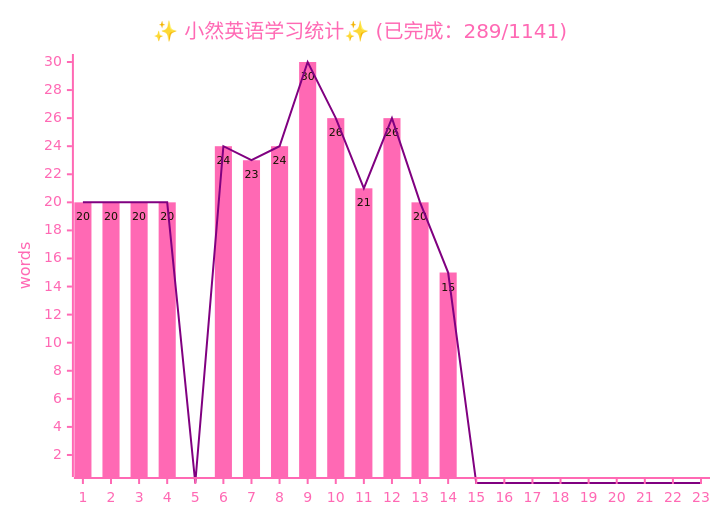
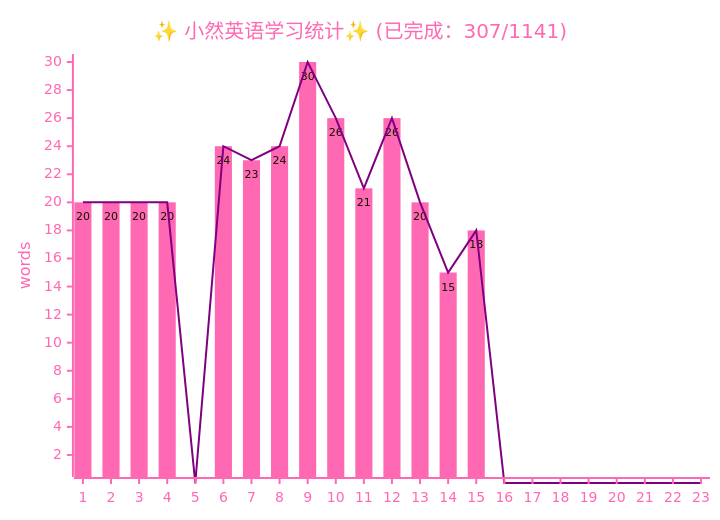
The diagram in docs/life-lessons/xiaoran/2026-xiaoran.md (zsh-rc/zsh-rc.github.io), drawn with Mermaid before and after one commit. The commit also changed 1 other file, not shown here.

Commit message:
check xiaoran homework

```diff
--- a/docs/life-lessons/xiaoran/2026-xiaoran.md
+++ b/docs/life-lessons/xiaoran/2026-xiaoran.md
@@ -11,25 +11,25 @@
 ~~~mermaid
 ---
 config:
     xyChart:
         showDataLabel: true
     themeVariables:
         xyChart:
             titleColor: "#FF69B4"
             xAxisTitleColor: "#FF69B4"
             xAxisLabelColor: "#FF69B4"
             xAxisLineColor: "#FF69B4"
             xAxisTickColor: "#FF69B4"
             yAxisLabelColor: "#FF69B4"
             yAxisTitleColor: "#FF69B4"
             yAxisLineColor: "#FF69B4"
             yAxisTickColor: "#FF69B4"
             plotColorPalette: '#FF69B4, #800080'
 ---
 xychart
-    title "✨ 小然英语学习统计✨ (已完成：289/1141)"
+    title "✨ 小然英语学习统计✨ (已完成：307/1141)"
     y-axis "words" 1 --> 30
     x-axis [1,  2,  3,  4,  5,  6,  7,  8,  9,  10, 11, 12, 13, 14, 15, 16, 17, 18, 19, 20, 21, 22, 23]
-    bar    [20, 20, 20, 20, 0,  24, 23, 24, 30, 26, 21, 26, 20, 15,  0,  0,  0,  0,  0,  0,  0,  0,  0]
-    line   [20, 20, 20, 20, 0,  24, 23, 24, 30, 26, 21, 26, 20, 15,  0,  0,  0,  0,  0,  0,  0,  0,  0]
+    bar    [20, 20, 20, 20, 0,  24, 23, 24, 30, 26, 21, 26, 20, 15, 18,  0,  0,  0,  0,  0,  0,  0,  0]
+    line   [20, 20, 20, 20, 0,  24, 23, 24, 30, 26, 21, 26, 20, 15, 18,  0,  0,  0,  0,  0,  0,  0,  0]
 ~~~
```
